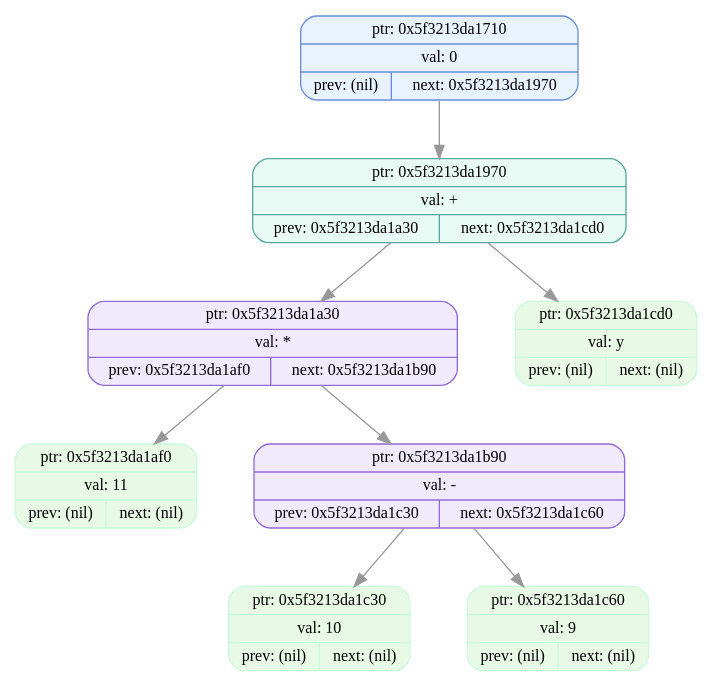
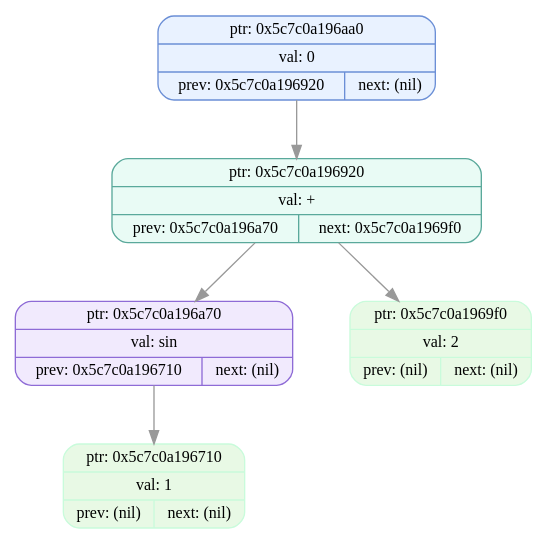
The diagram in dumps/tree_dump_007.dot (EvilTomato9890/Difference), drawn with Graphviz before and after one commit. The commit also changed 34 other files, not shown here.

```diff
--- a/dumps/tree_dump_007.dot
+++ b/dumps/tree_dump_007.dot
@@ -1,19 +1,13 @@
 digraph T{
   node [fontname="Fira Mono",shape=record,style="filled,rounded",fontsize=12];
   graph [splines=true, nodesep=0.6, ranksep=0.6];
-  node_0x5f3213da1710[shape=record,label="{ {ptr: 0x5f3213da1710} | {val: 0} | { prev: (nil) | next: 0x5f3213da1970 } }",color="#6b8fd6",fillcolor="#e9f2ff"];
-  node_0x5f3213da1970[shape=record,label="{ {ptr: 0x5f3213da1970} | {val: +} | { prev: 0x5f3213da1a30 | next: 0x5f3213da1cd0 } }",color="#5aa99b",fillcolor="#e9fbf5"];
-  node_0x5f3213da1a30[shape=record,label="{ {ptr: 0x5f3213da1a30} | {val: *} | { prev: 0x5f3213da1af0 | next: 0x5f3213da1b90 } }",color="#8e6bd6",fillcolor="#f1eafd"];
-  node_0x5f3213da1af0[shape=record,label="{ {ptr: 0x5f3213da1af0} | {val: 11} | { prev: (nil) | next: (nil) } }",color="#c9fbdbff",fillcolor="#e8f9e5ff"];
-  node_0x5f3213da1b90[shape=record,label="{ {ptr: 0x5f3213da1b90} | {val: -} | { prev: 0x5f3213da1c30 | next: 0x5f3213da1c60 } }",color="#8e6bd6",fillcolor="#f1eafd"];
-  node_0x5f3213da1c30[shape=record,label="{ {ptr: 0x5f3213da1c30} | {val: 10} | { prev: (nil) | next: (nil) } }",color="#c9fbdbff",fillcolor="#e8f9e5ff"];
-  node_0x5f3213da1c60[shape=record,label="{ {ptr: 0x5f3213da1c60} | {val: 9} | { prev: (nil) | next: (nil) } }",color="#c9fbdbff",fillcolor="#e8f9e5ff"];
-  node_0x5f3213da1cd0[shape=record,label="{ {ptr: 0x5f3213da1cd0} | {val: y} | { prev: (nil) | next: (nil) } }",color="#c9fbdbff",fillcolor="#e8f9e5ff"];
-  node_0x5f3213da1710 -> node_0x5f3213da1970 [color="#999999"];
-  node_0x5f3213da1970 -> node_0x5f3213da1a30 [color="#999999"];
-  node_0x5f3213da1970 -> node_0x5f3213da1cd0 [color="#999999"];
-  node_0x5f3213da1a30 -> node_0x5f3213da1af0 [color="#999999"];
-  node_0x5f3213da1a30 -> node_0x5f3213da1b90 [color="#999999"];
-  node_0x5f3213da1b90 -> node_0x5f3213da1c30 [color="#999999"];
-  node_0x5f3213da1b90 -> node_0x5f3213da1c60 [color="#999999"];
+  node_0x5c7c0a196aa0[shape=record,label="{ {ptr: 0x5c7c0a196aa0} | {val: 0} | { prev: 0x5c7c0a196920 | next: (nil) } }",color="#6b8fd6",fillcolor="#e9f2ff"];
+  node_0x5c7c0a196920[shape=record,label="{ {ptr: 0x5c7c0a196920} | {val: +} | { prev: 0x5c7c0a196a70 | next: 0x5c7c0a1969f0 } }",color="#5aa99b",fillcolor="#e9fbf5"];
+  node_0x5c7c0a196a70[shape=record,label="{ {ptr: 0x5c7c0a196a70} | {val: sin} | { prev: 0x5c7c0a196710 | next: (nil) } }",color="#8e6bd6",fillcolor="#f1eafd"];
+  node_0x5c7c0a196710[shape=record,label="{ {ptr: 0x5c7c0a196710} | {val: 1} | { prev: (nil) | next: (nil) } }",color="#c9fbdbff",fillcolor="#e8f9e5ff"];
+  node_0x5c7c0a1969f0[shape=record,label="{ {ptr: 0x5c7c0a1969f0} | {val: 2} | { prev: (nil) | next: (nil) } }",color="#c9fbdbff",fillcolor="#e8f9e5ff"];
+  node_0x5c7c0a196aa0 -> node_0x5c7c0a196920 [color="#999999"];
+  node_0x5c7c0a196920 -> node_0x5c7c0a196a70 [color="#999999"];
+  node_0x5c7c0a196920 -> node_0x5c7c0a1969f0 [color="#999999"];
+  node_0x5c7c0a196a70 -> node_0x5c7c0a196710 [color="#999999"];
 }
```
